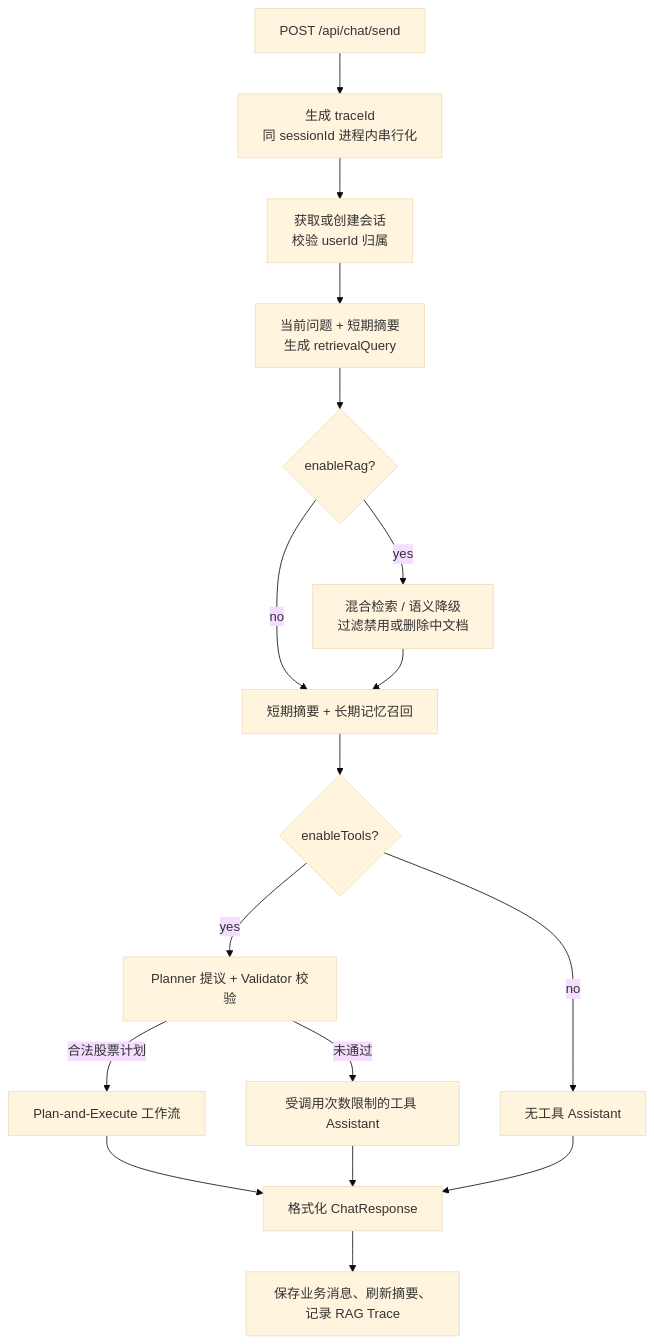
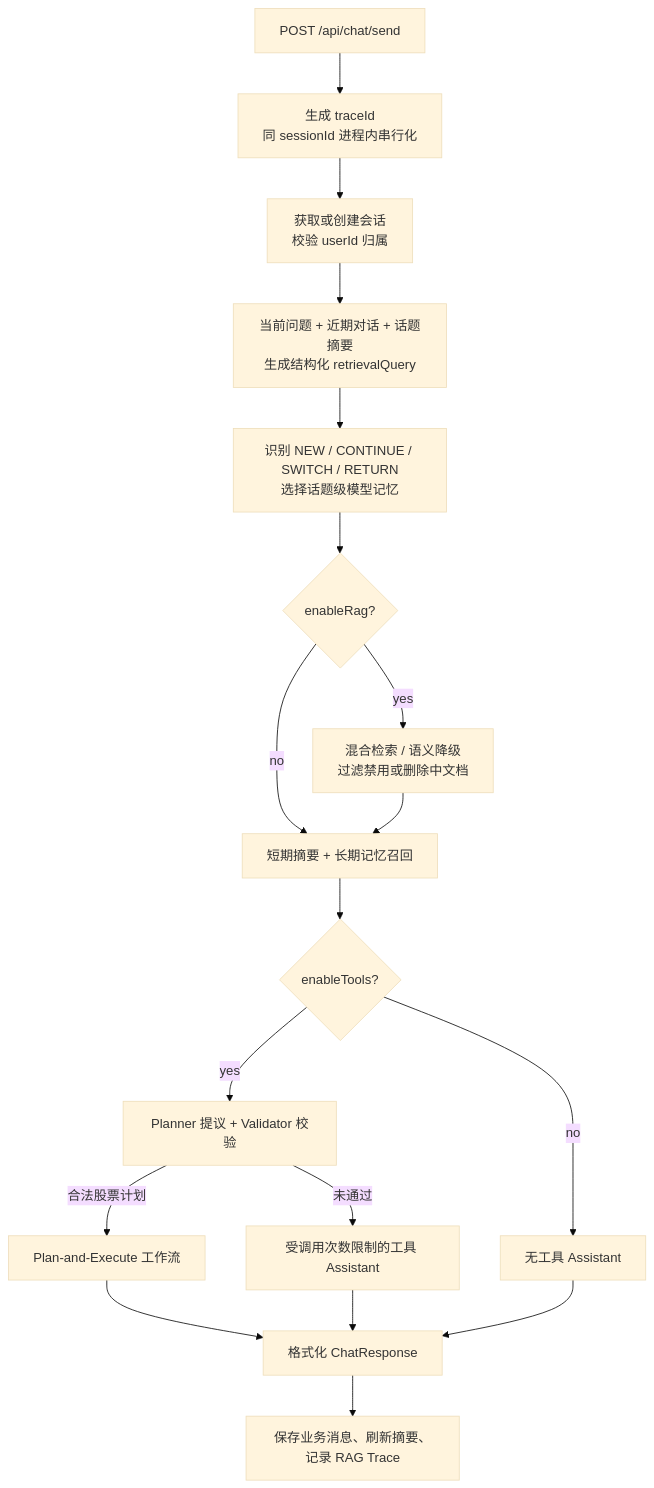
The second of 5 diagrams in README.md (LJLExplorer/ai-stock-agent-langchain4j), drawn with Mermaid (base theme) before and after one commit. The commit also changed other lines of this file and 15 other files, not shown here.

````diff
--- a/README.md
+++ b/README.md
@@ -76,19 +78,20 @@
 ```mermaid
 flowchart TD
     Request["POST /api/chat/send"] --> Trace["生成 traceId<br/>同 sessionId 进程内串行化"]
     Trace --> Session["获取或创建会话<br/>校验 userId 归属"]
-    Session --> Rewrite["当前问题 + 短期摘要<br/>生成 retrievalQuery"]
-    Rewrite --> RagSwitch{"enableRag?"}
+    Session --> Rewrite["当前问题 + 近期对话 + 话题摘要<br/>生成结构化 retrievalQuery"]
+    Rewrite --> Topic["识别 NEW / CONTINUE / SWITCH / RETURN<br/>选择话题级模型记忆"]
+    Topic --> RagSwitch{"enableRag?"}
     RagSwitch -->|yes| Retrieval["混合检索 / 语义降级<br/>过滤禁用或删除中文档"]
     RagSwitch -->|no| Memory
     Retrieval --> Memory["短期摘要 + 长期记忆召回"]
     Memory --> ToolSwitch{"enableTools?"}
     ToolSwitch -->|no| NoTool["无工具 Assistant"]
     ToolSwitch -->|yes| Plan["Planner 提议 + Validator 校验"]
     Plan -->|合法股票计划| Workflow["Plan-and-Execute 工作流"]
     Plan -->|未通过| FullAgent["受调用次数限制的工具 Assistant"]
     Workflow --> Response["格式化 ChatResponse"]
     FullAgent --> Response
     NoTool --> Response
     Response --> Persist["保存业务消息、刷新摘要、记录 RAG Trace"]
 ```
````
